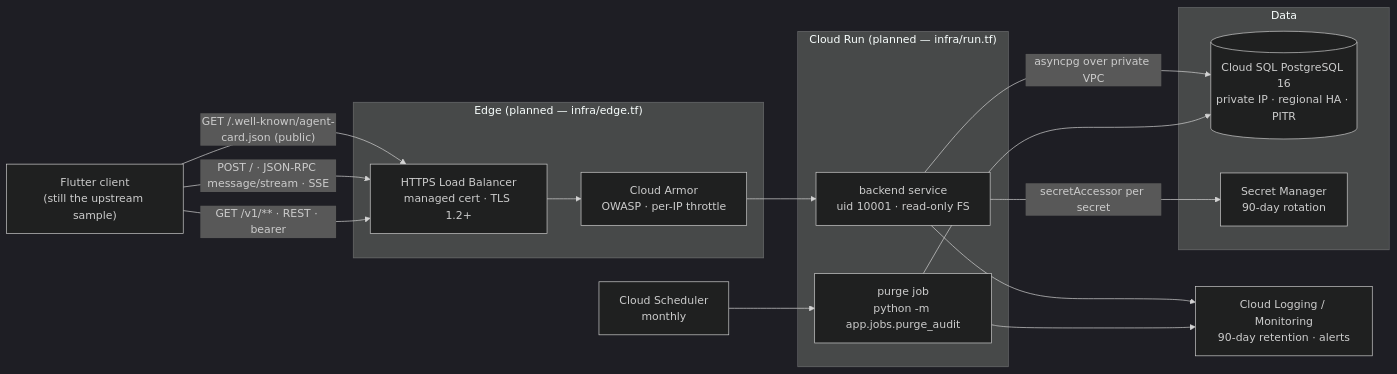
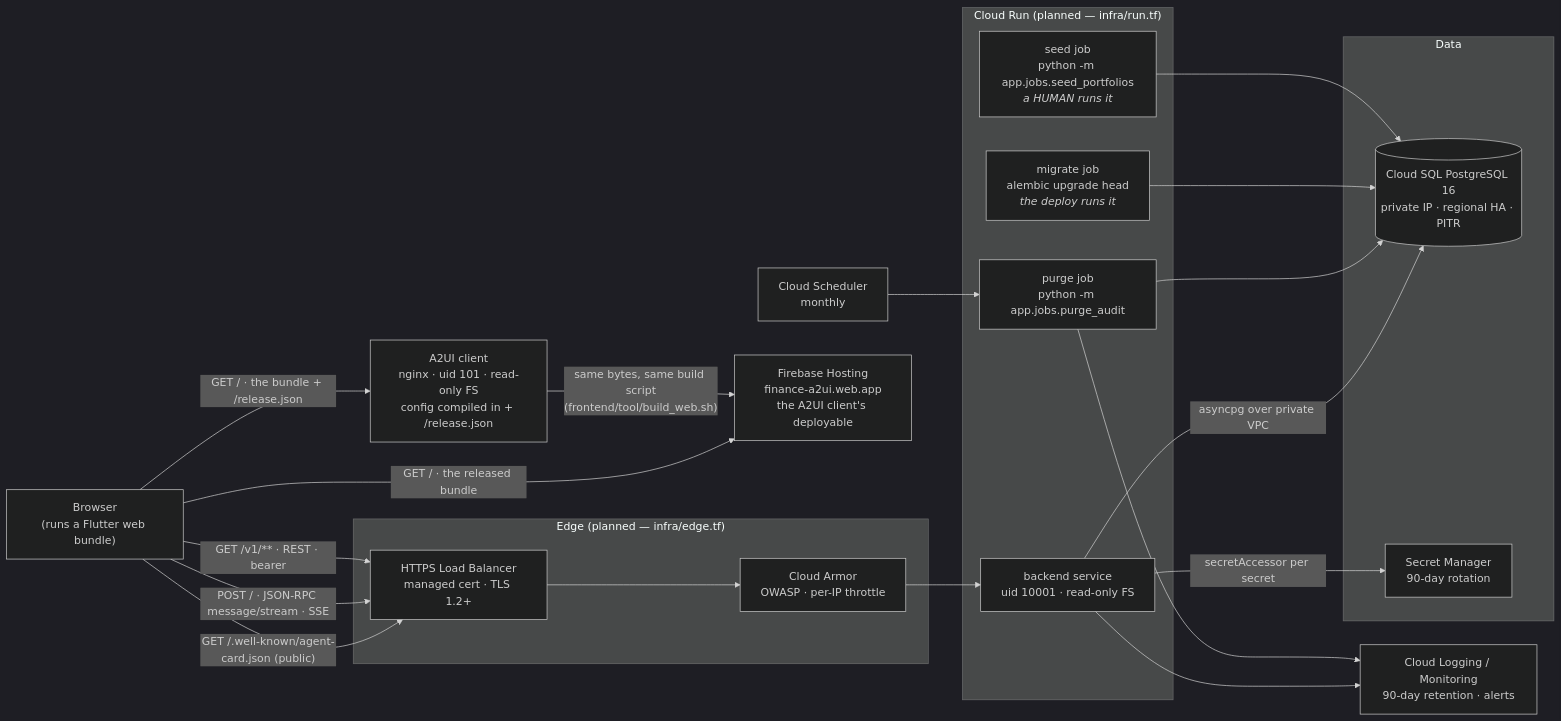
Before and after one commit to somnio-projects/finance-google-a2ui: the diagram in docs/diagrams/02-containers.md, drawn with Mermaid (dark theme). The commit also changed 1346 other files, not shown here.

````diff
--- a/docs/diagrams/02-containers.md
+++ b/docs/diagrams/02-containers.md
@@ -5,36 +5,58 @@
 ```mermaid
 flowchart LR
-    client["Flutter client<br/>(still the upstream sample)"]
+    client["Browser<br/>(runs a Flutter web bundle)"]
+    a2ui["A2UI client<br/>nginx · uid 101 · read-only FS<br/>config compiled in + /release.json"]
+    host["Firebase Hosting<br/>finance-a2ui.web.app<br/>the A2UI client's deployable"]
     subgraph edge["Edge (planned — infra/edge.tf)"]
         lb["HTTPS Load Balancer<br/>managed cert · TLS 1.2+"]
         waf["Cloud Armor<br/>OWASP · per-IP throttle"]
     end
     subgraph run["Cloud Run (planned — infra/run.tf)"]
         svc["backend service<br/>uid 10001 · read-only FS"]
         job["purge job<br/>python -m app.jobs.purge_audit"]
+        mig["migrate job<br/>alembic upgrade head<br/><i>the deploy runs it</i>"]
+        seed["seed job<br/>python -m app.jobs.seed_portfolios<br/><i>a HUMAN runs it</i>"]
     end
     subgraph data["Data"]
         sql[("Cloud SQL PostgreSQL 16<br/>private IP · regional HA · PITR")]
         sm["Secret Manager<br/>90-day rotation"]
     end
     obs["Cloud Logging / Monitoring<br/>90-day retention · alerts"]
     sched["Cloud Scheduler<br/>monthly"]
 
+    client -- "GET / · the bundle + /release.json" --> a2ui
+    client -- "GET / · the released bundle" --> host
+    a2ui -- "same bytes, same build script<br/>(frontend/tool/build_web.sh)" --> host
     client -- "GET /.well-known/agent-card.json (public)" --> lb
     client -- "POST / · JSON-RPC message/stream · SSE" --> lb
     client -- "GET /v1/** · REST · bearer" --> lb
     lb --> waf --> svc
     svc -- "asyncpg over private VPC" --> sql
     svc -- "secretAccessor per secret" --> sm
     job --> sql
+    mig --> sql
+    seed --> sql
     sched --> job
     svc --> obs
     job --> obs
 
     %% Two surfaces on one service (ADR-J): /v1/** is strictly RESTful and
     %% answers RFC 9457 problem documents; the root is Google's A2A protocol,
     %% JSON-RPC over SSE, and answers JSON-RPC error objects. The agent card is
     %% the only public route besides the health probes — a client cannot hold a
     %% token before it has read it.
-    %% Today the same shape runs locally as docker compose: db + backend only.
+    %% ONE client. This diagram carried a second one, `client_flutter`, built
+    %% and hardened (GGU-82, spec client/0002) but deployed nowhere — its only
+    %% outgoing edge was dashed because where it would be hosted was never
+    %% decided. It was retired on 2026-09-22 (spec repo/0002) and both its node
+    %% and that dashed edge are gone with it: a diagram draws reality.
+    %% The A2UI client IS deployed: Firebase Hosting, by `frontend-cd`
+    %% (spec frontend/0017).
+    %% The A2UI container is NOT that deployable — Hosting serves a bundle, not
+    %% an image. It is the local stack's copy of the same bytes, compiled by the
+    %% same `frontend/tool/build_web.sh`, which is why the edge between them is
+    %% solid: it is a "built by" relation, not a network call.
+    %% The container holds no credential; the browser, not the container, is
+    %% what talks to the backend. Locally `docker compose up` is db + backend +
+    %% the A2UI client on :3001, all under the one project `finance-a2ui`.
 ```
````
